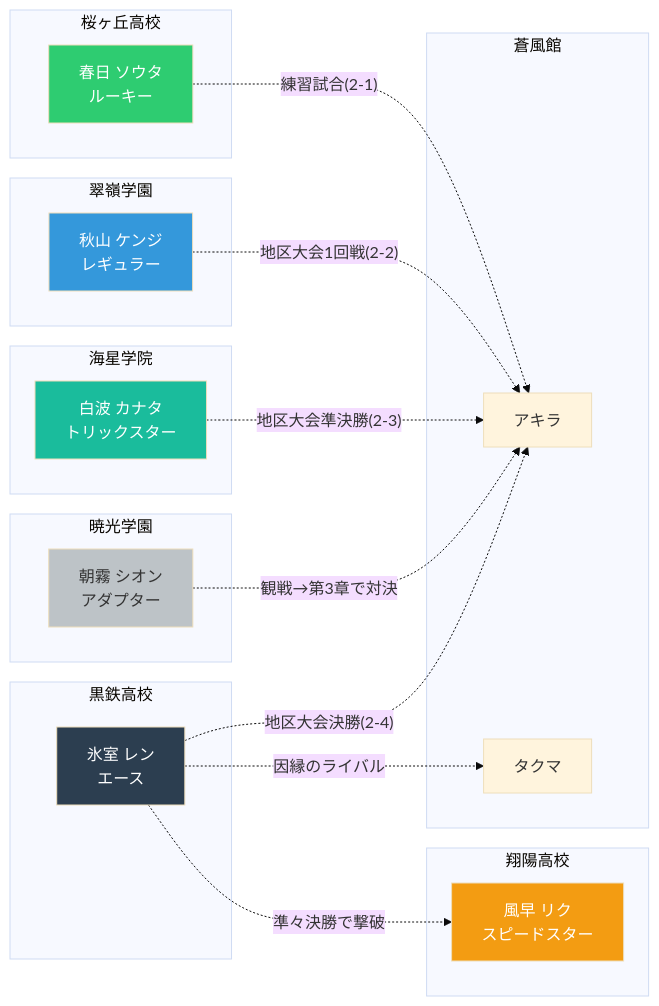
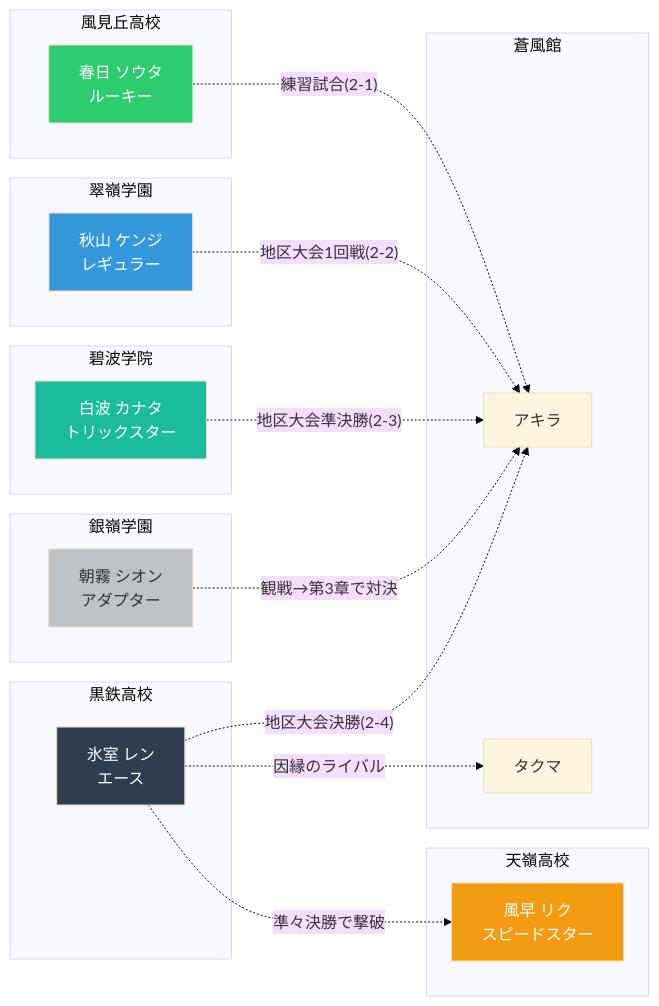
The second of 5 diagrams in src/features/air-hockey/doc/world/character-profiles.md (tomohiroJin/cline-playground-for-frontend), drawn with Mermaid (base theme) before and after one commit. The commit also changed other lines of this file and 6 other files, not shown here.

````diff
--- a/src/features/air-hockey/doc/world/character-profiles.md
+++ b/src/features/air-hockey/doc/world/character-profiles.md
@@ -737,46 +737,46 @@
 ```mermaid
 graph LR
     subgraph 蒼風館
         AKIRA2["アキラ"]
         TAKUMA2["タクマ"]
     end
 
-    subgraph 桜ヶ丘高校
+    subgraph 風見丘高校
         SOUTA["春日 ソウタ<br/>ルーキー"]
     end
 
     subgraph 翠嶺学園
         KENJI["秋山 ケンジ<br/>レギュラー"]
     end
 
     subgraph 黒鉄高校
         REN["氷室 レン<br/>エース"]
     end
 
-    subgraph 翔陽高校
+    subgraph 天嶺高校
         RIKU["風早 リク<br/>スピードスター"]
     end
 
-    subgraph 海星学院
+    subgraph 碧波学院
         KANATA["白波 カナタ<br/>トリックスター"]
     end
 
-    subgraph 暁光学園
+    subgraph 銀嶺学園
         SHION["朝霧 シオン<br/>アダプター"]
     end
 
     SOUTA -.->|"練習試合(2-1)"| AKIRA2
     KENJI -.->|"地区大会1回戦(2-2)"| AKIRA2
     KANATA -.->|"地区大会準決勝(2-3)"| AKIRA2
     REN -.->|"地区大会決勝(2-4)"| AKIRA2
     REN -.->|"因縁のライバル"| TAKUMA2
     REN -.->|"準々決勝で撃破"| RIKU
     SHION -.->|"観戦→第3章で対決"| AKIRA2
 
     style SOUTA fill:#2ecc71,color:#fff
     style KENJI fill:#3498db,color:#fff
     style REN fill:#2c3e50,color:#fff
     style RIKU fill:#f39c12,color:#fff
     style KANATA fill:#1abc9c,color:#fff
     style SHION fill:#bdc3c7,color:#333
 ```
````
